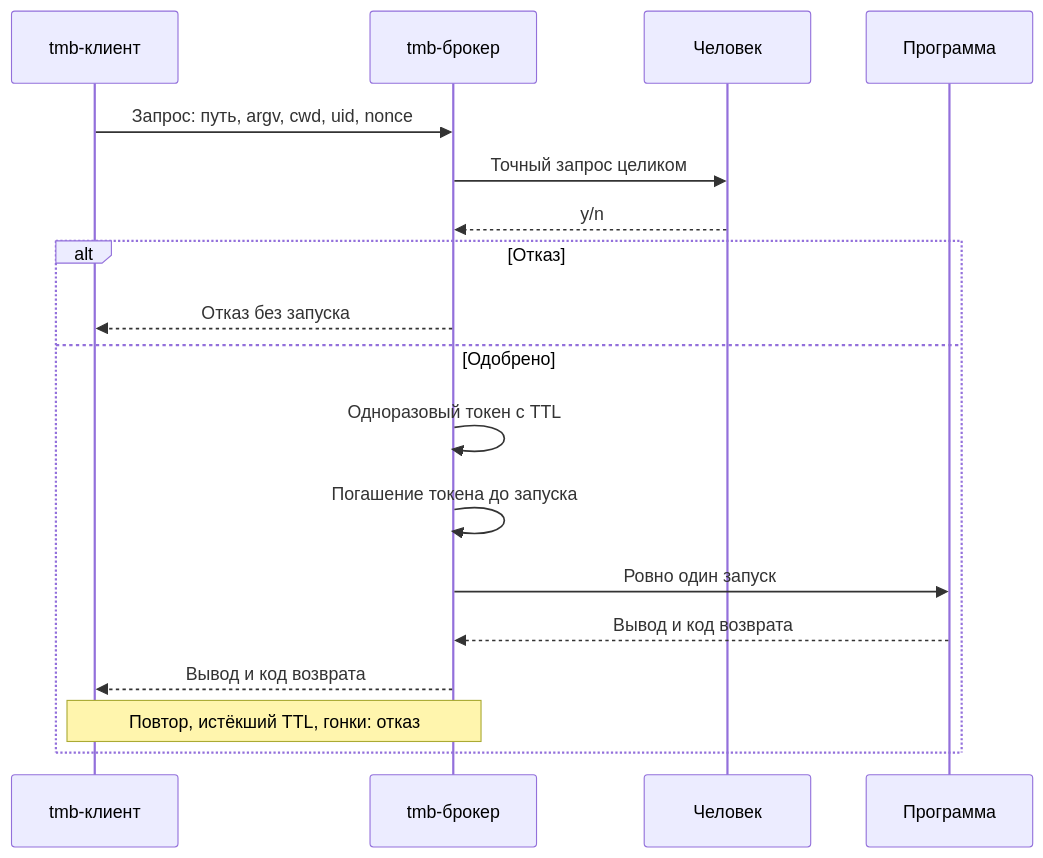
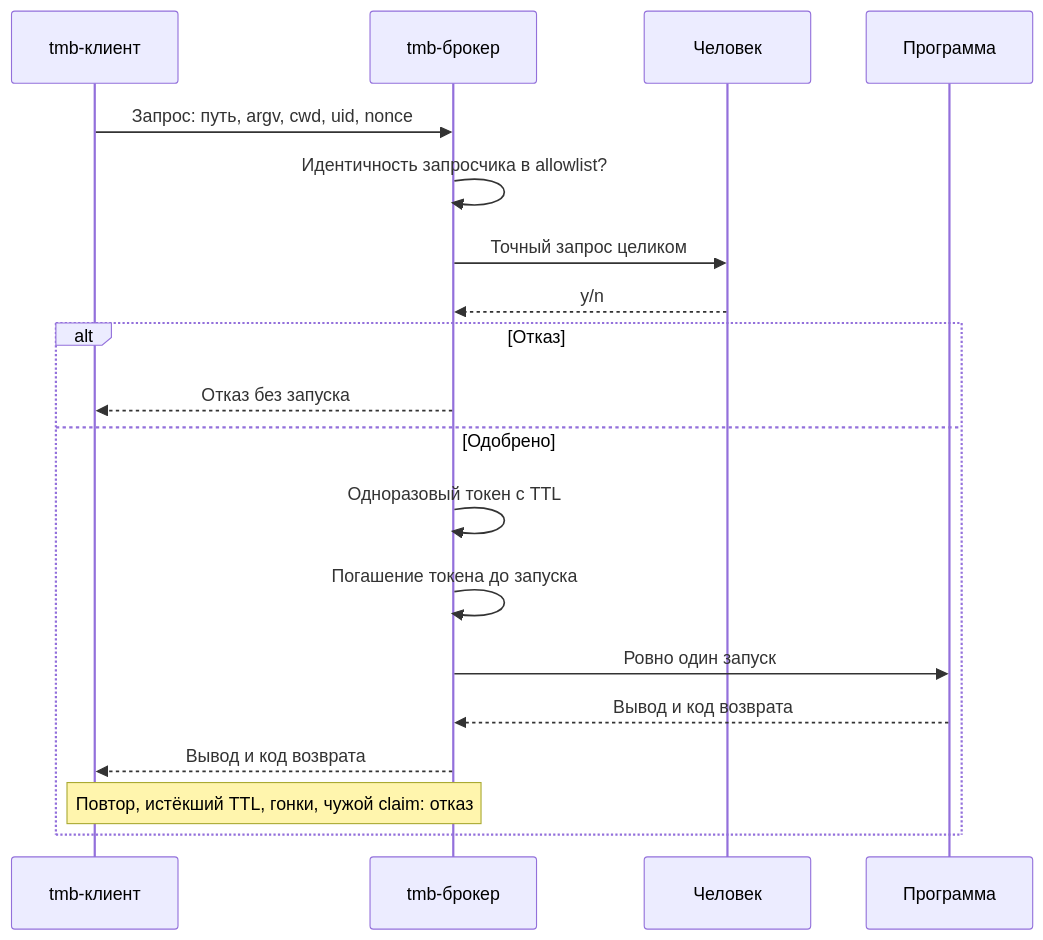
The second of 2 diagrams in README.md (Vchekryzhov/tmb), drawn with Mermaid before and after one commit. The commit also changed other lines of this file and 9 other files, not shown here.

````diff
--- a/README.md
+++ b/README.md
@@ -130,20 +93,21 @@
 ```mermaid
 sequenceDiagram
     participant C as tmb-клиент
     participant B as tmb-брокер
     participant H as Человек
     participant P as Программа
     C->>B: Запрос: путь, argv, cwd, uid, nonce
+    B->>B: Идентичность запросчика в allowlist?
     B->>H: Точный запрос целиком
     H-->>B: y/n
     alt Отказ
         B-->>C: Отказ без запуска
     else Одобрено
         B->>B: Одноразовый токен с TTL
         B->>B: Погашение токена до запуска
         B->>P: Ровно один запуск
         P-->>B: Вывод и код возврата
         B-->>C: Вывод и код возврата
-        Note over B,C: Повтор, истёкший TTL, гонки: отказ
+        Note over B,C: Повтор, истёкший TTL, гонки, чужой claim: отказ
     end
 ```
````
